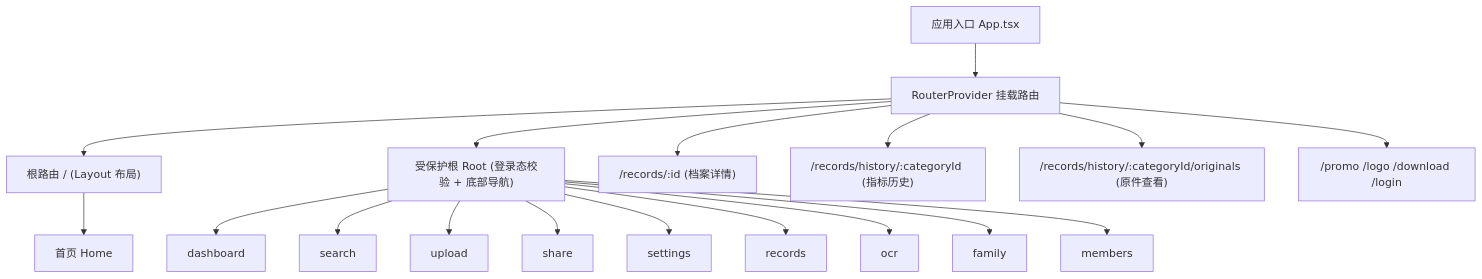
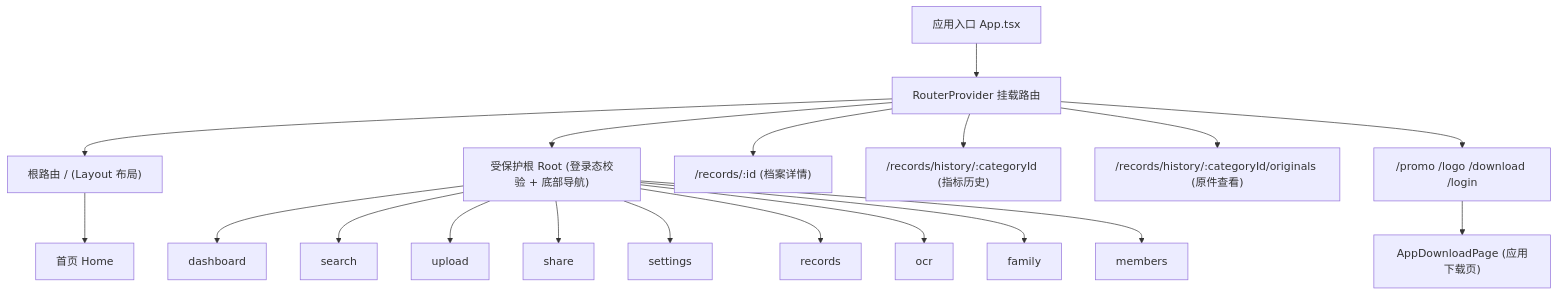
Before and after one commit to BlackWhiteBlock/med-vault-website: the first of 8 diagrams in .qoder/repowiki/zh/content/架构设计/路由系统设计.md, drawn with Mermaid. The commit also changed other lines of this file and 14 other files, not shown here.

````diff
--- a/.qoder/repowiki/zh/content/架构设计/路由系统设计.md
+++ b/.qoder/repowiki/zh/content/架构设计/路由系统设计.md
@@ -43,20 +50,21 @@
 ```mermaid
 graph TB
 A["应用入口 App.tsx"] --> B["RouterProvider 挂载路由"]
 B --> C["根路由 / (Layout 布局)"]
 C --> D["首页 Home"]
 B --> E["受保护根 Root (登录态校验 + 底部导航)"]
 E --> F["dashboard"]
 E --> G["search"]
 E --> H["upload"]
 E --> I["share"]
 E --> J["settings"]
 E --> K["records"]
 E --> L["ocr"]
 E --> M["family"]
 E --> N["members"]
 B --> O["/records/:id (档案详情)"]
 B --> P["/records/history/:categoryId (指标历史)"]
 B --> Q["/records/history/:categoryId/originals (原件查看)"]
 B --> R["/promo /logo /download /login"]
+R --> S["AppDownloadPage (应用下载页)"]
 ```
````
